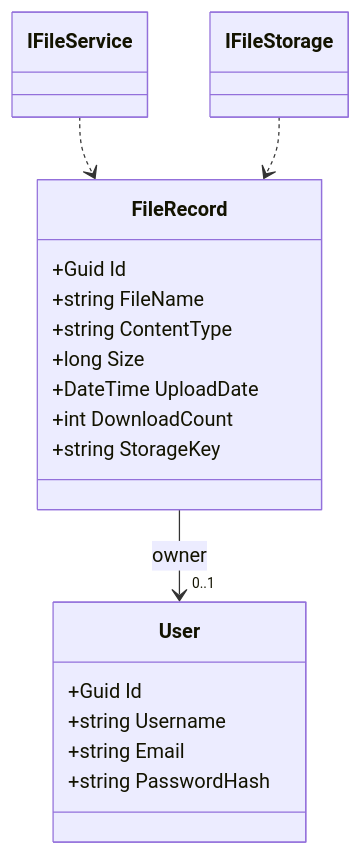
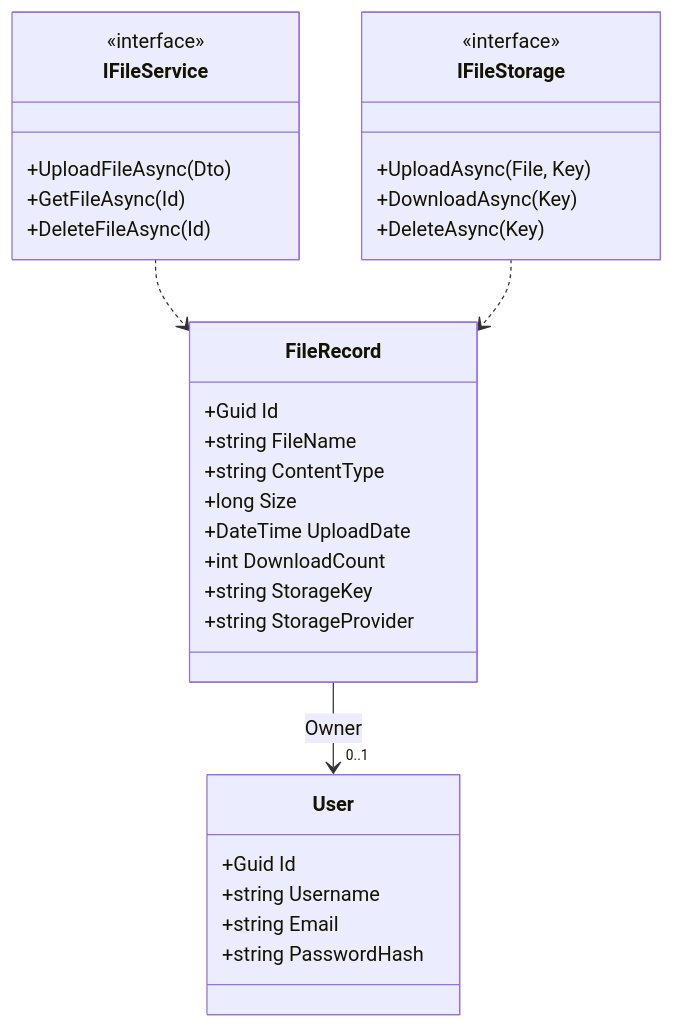
Before and after one commit to DeepPatel4505/Vaultix: the diagram in README.md, drawn with Mermaid. The commit also changed other lines of this file and 2 other files, not shown here.

````diff
--- a/README.md
+++ b/README.md
@@ -83,26 +68,39 @@
 ```mermaid
 classDiagram
   class FileRecord {
     +Guid Id
     +string FileName
     +string ContentType
     +long Size
     +DateTime UploadDate
     +int DownloadCount
     +string StorageKey
+    +string StorageProvider
   }
+  
   class User {
     +Guid Id
     +string Username
     +string Email
     +string PasswordHash
   }
-  FileRecord --> "0..1" User : owner
 
-  %% Services
-  class IFileService
-  class IFileStorage
+  FileRecord --> "0..1" User : Owner
+  
+  class IFileService {
+    <<interface>>
+    +UploadFileAsync(Dto)
+    +GetFileAsync(Id)
+    +DeleteFileAsync(Id)
+  }
+  
+  class IFileStorage {
+    <<interface>>
+    +UploadAsync(File, Key)
+    +DownloadAsync(Key)
+    +DeleteAsync(Key)
+  }
+  
   IFileService ..> FileRecord
   IFileStorage ..> FileRecord
-
 ```
````
